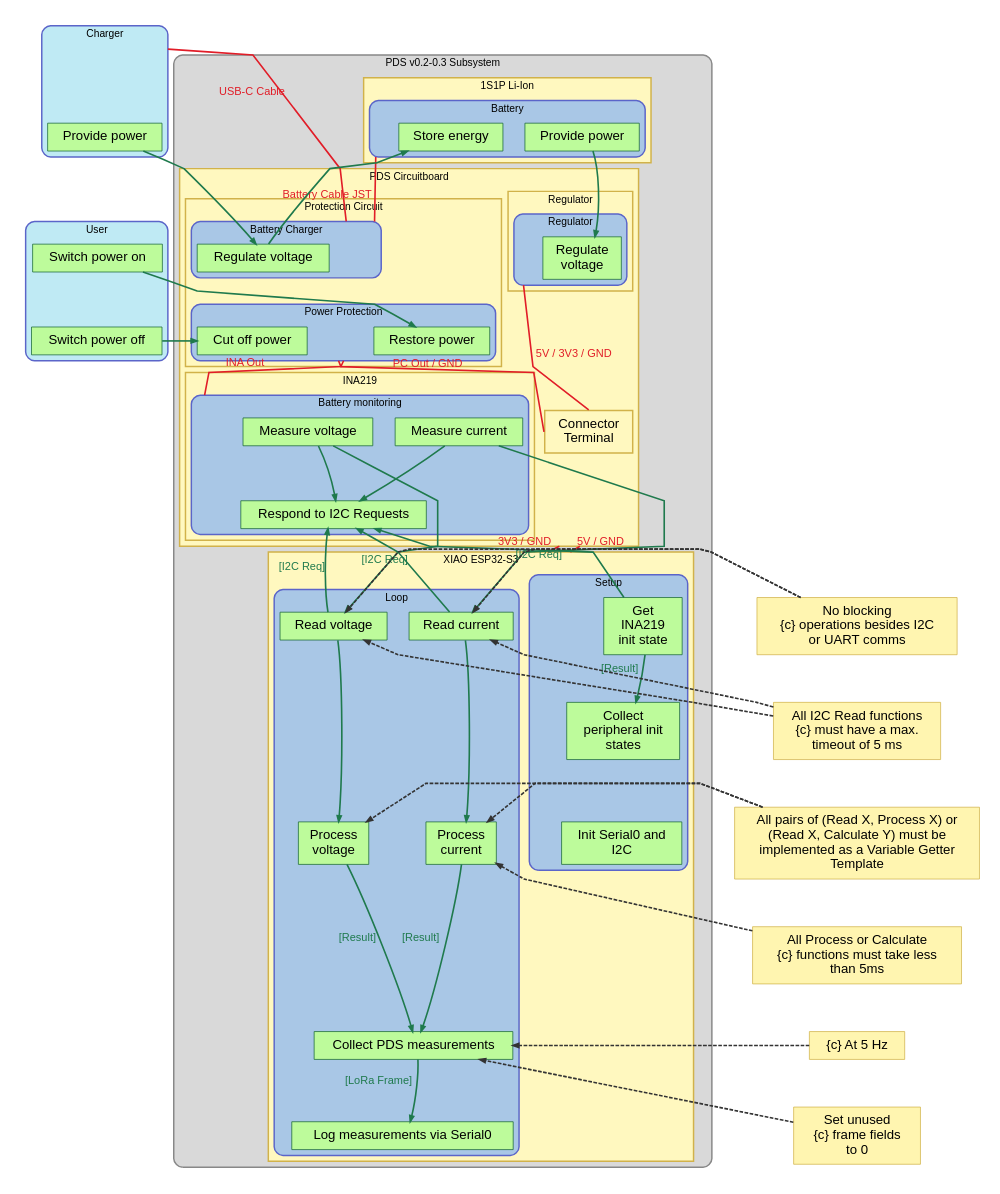
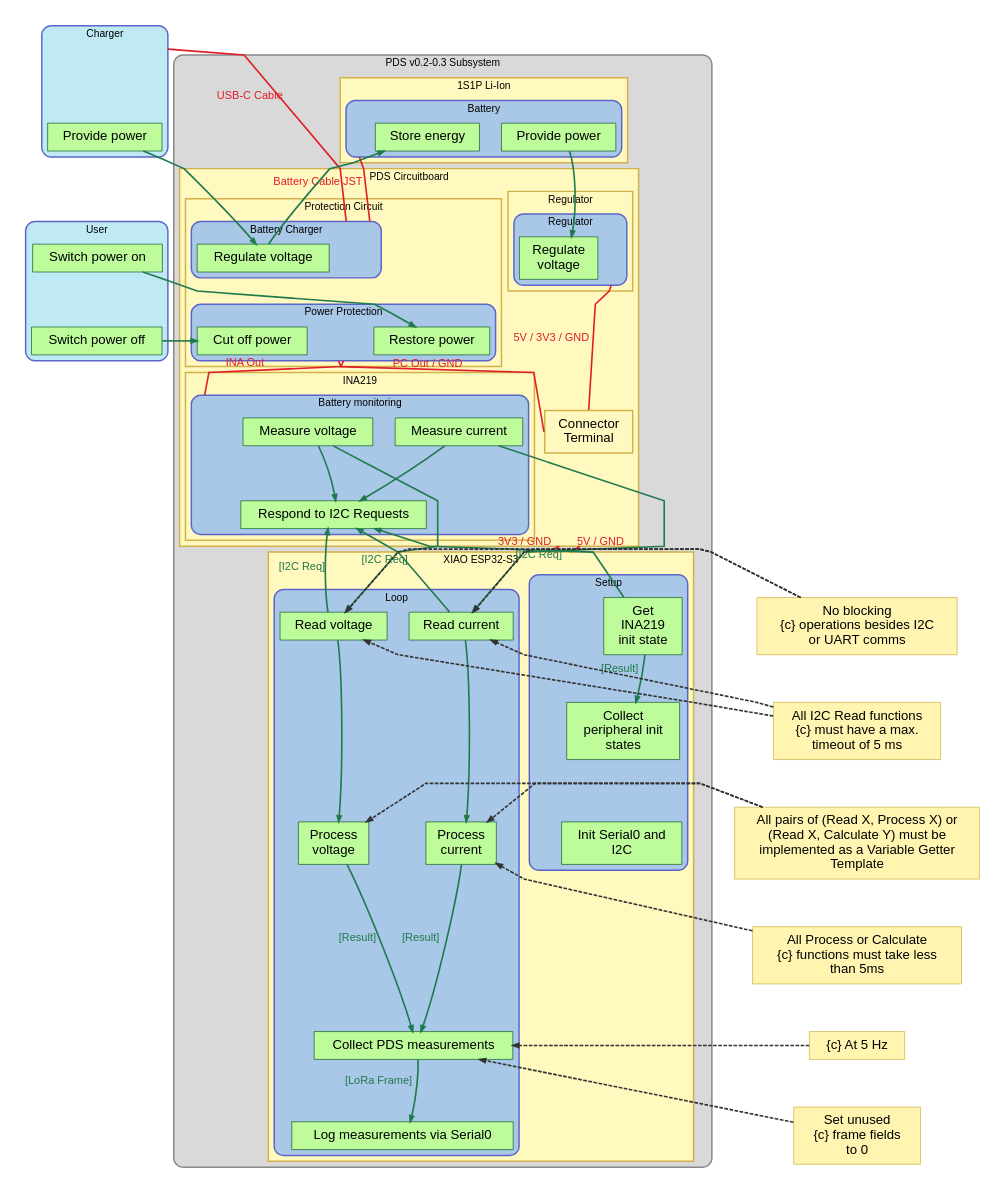
The diagram in PDS/PDS_v0.2.dot (DeltaLabo/CanSatWorkshop), drawn with Graphviz before and after one commit. The commit also changed 1 other file, not shown here.

```diff
--- a/PDS/PDS_v0.2.dot
+++ b/PDS/PDS_v0.2.dot
@@ -90,6 +90,10 @@
           battchg_usb_in  [label="", shape=box, width=0.01, height=0.01, fixedsize=true, style=invis, margin=0];
           battchg_batt_in [label="", shape=box, width=0.01, height=0.01, fixedsize=true, style=invis, margin=0];
           charger_reg [label="Regulate voltage", fillcolor="#BDFB9B", color="#166534"];
+
+          battchg_usb_in -> battchg_batt_in [style=invis, weight=10];
+          battchg_usb_in -> charger_reg [style=invis, weight=14];
+          battchg_batt_in -> charger_reg [style=invis, weight=10];
         }
 
         subgraph cluster_power_protection {
@@ -103,6 +107,10 @@
           protection_ina_out [label="", shape=box, width=0.01, height=0.01, fixedsize=true, style=invis, margin=0];
           restore_power [label="Restore power", fillcolor="#BDFB9B", color="#166534"];
           cut_off_power [label="Cut off power", fillcolor="#BDFB9B", color="#166534"];
+
+          restore_power -> protection_ina_out [style=invis, weight=8];
+          cut_off_power -> protection_pc_out [style=invis, weight=12];
+          protection_ina_out -> protection_pc_out [style=invis, weight=10];
         }
       }
 
@@ -122,6 +130,8 @@
 
           regulator_out [label="", shape=box, width=0.01, height=0.01, fixedsize=true, style=invis, margin=0];
           regulate_voltage [label="Regulate\nvoltage", fillcolor="#BDFB9B", color="#166534"];
+
+          regulate_voltage -> regulator_out [style=invis, weight=10];
         }
       }
 
```
